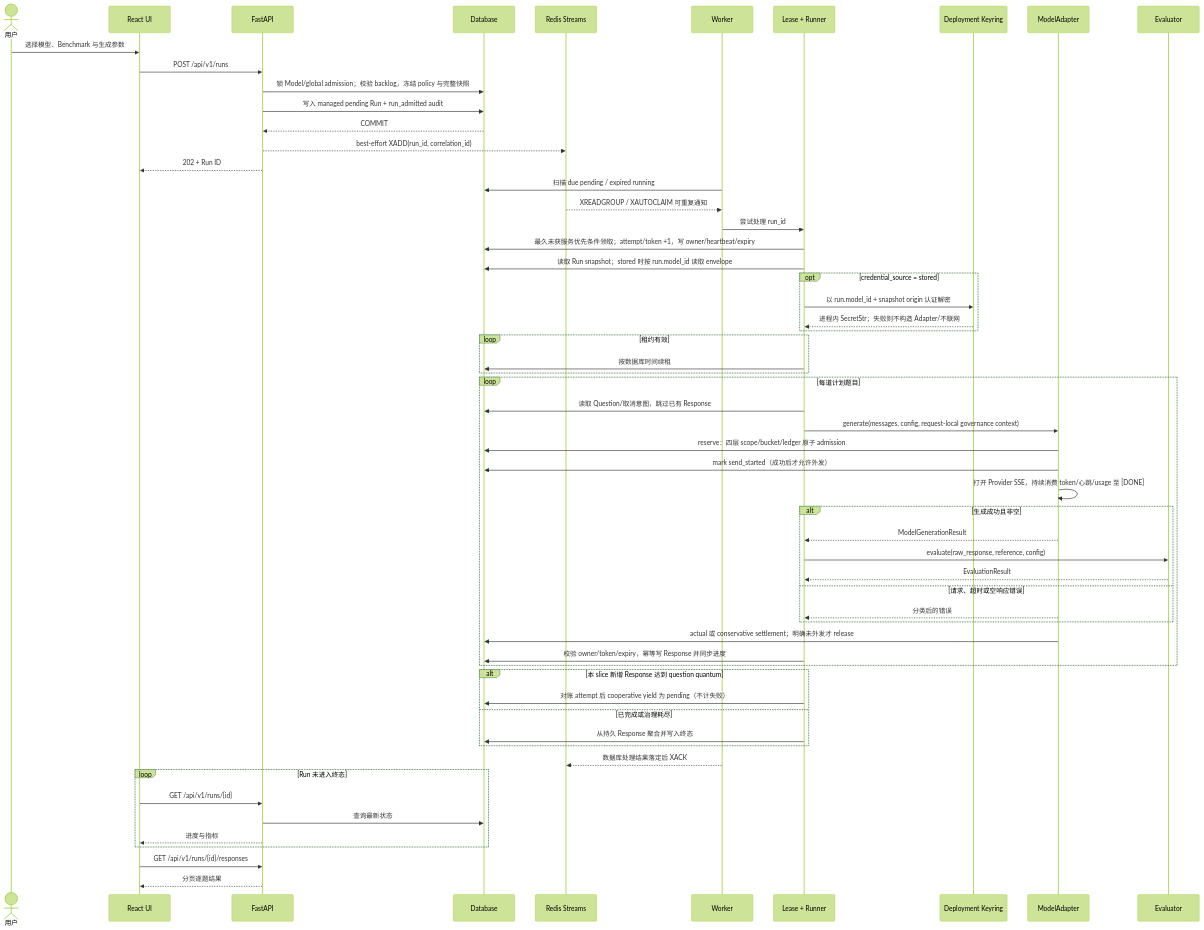
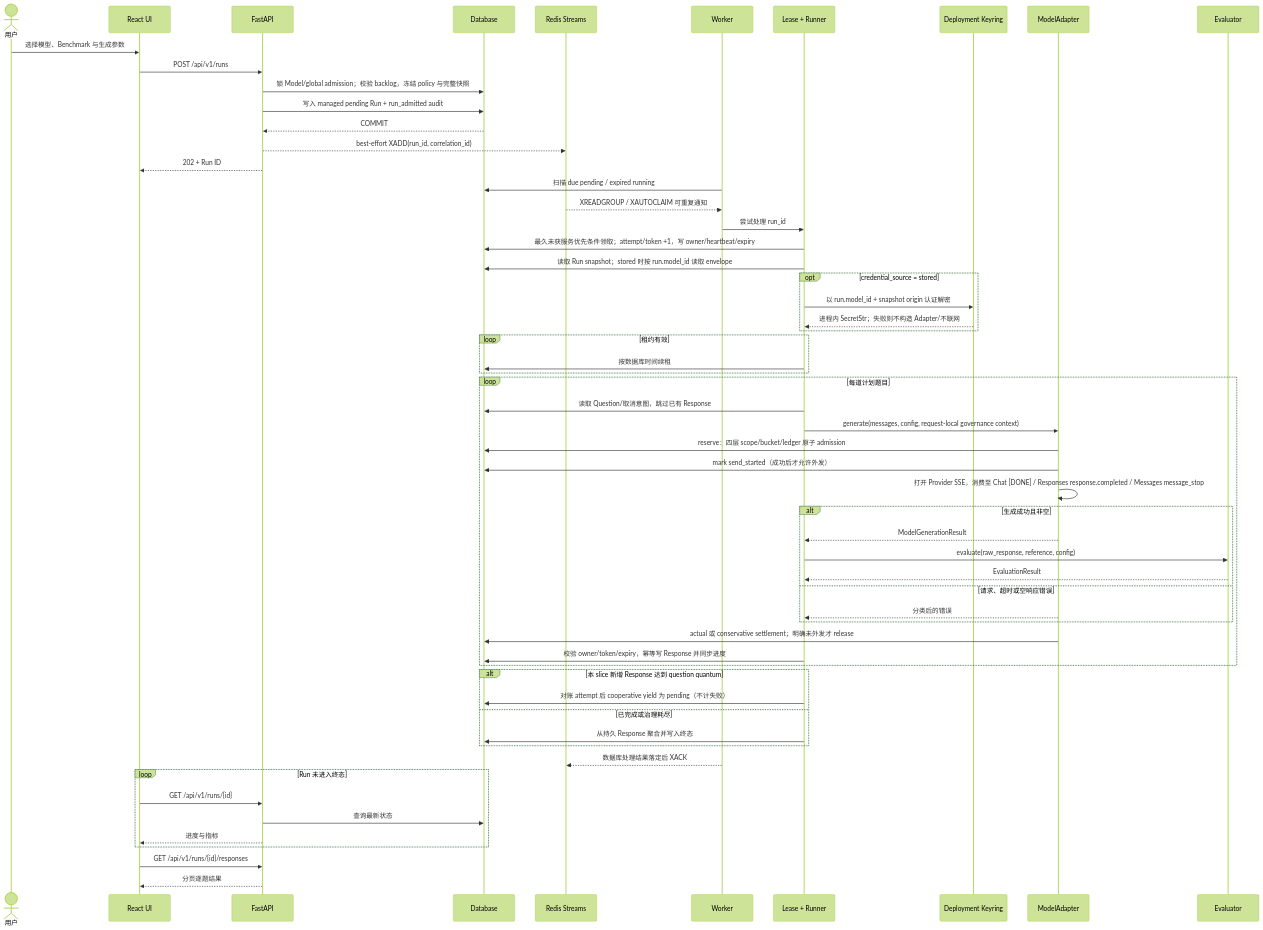
Before and after one commit to CWNU-Open-Source-Community/LLMBenchLab: the third of 7 diagrams in docs/ARCHITECTURE.md, drawn with Mermaid (forest theme). The commit also changed other lines of this file and 58 other files, not shown here.

````diff
--- a/docs/ARCHITECTURE.md
+++ b/docs/ARCHITECTURE.md
@@ -183,62 +183,62 @@
 ```mermaid
 sequenceDiagram
     actor U as 用户
     participant W as React UI
     participant A as FastAPI
     participant D as Database
     participant Q as Redis Streams
     participant K as Worker
     participant R as Lease + Runner
     participant C as Deployment Keyring
     participant M as ModelAdapter
     participant E as Evaluator
 
     U->>W: 选择模型、Benchmark 与生成参数
     W->>A: POST /api/v1/runs
     A->>D: 锁 Model/global admission；校验 backlog，冻结 policy 与完整快照
     A->>D: 写入 managed pending Run + run_admitted audit
     D-->>A: COMMIT
     A-->>Q: best-effort XADD(run_id, correlation_id)
     A-->>W: 202 + Run ID
     K->>D: 扫描 due pending / expired running
     Q-->>K: XREADGROUP / XAUTOCLAIM 可重复通知
     K->>R: 尝试处理 run_id
     R->>D: 最久未获服务优先条件领取；attempt/token +1，写 owner/heartbeat/expiry
     R->>D: 读取 Run snapshot；stored 时按 run.model_id 读取 envelope
     opt credential_source = stored
         R->>C: 以 run.model_id + snapshot origin 认证解密
         C-->>R: 进程内 SecretStr；失败则不构造 Adapter/不联网
     end
     loop 租约有效
         R->>D: 按数据库时间续租
     end
     loop 每道计划题目
         R->>D: 读取 Question/取消意图，跳过已有 Response
         R->>M: generate(messages, config, request-local governance context)
         M->>D: reserve：四层 scope/bucket/ledger 原子 admission
         M->>D: mark send_started（成功后才允许外发）
-        M->>M: 打开 Provider SSE，持续消费 token/心跳/usage 至 [DONE]
+        M->>M: 打开 Provider SSE，消费至 Chat [DONE] / Responses response.completed / Messages message_stop
         alt 生成成功且非空
             M-->>R: ModelGenerationResult
             R->>E: evaluate(raw_response, reference, config)
             E-->>R: EvaluationResult
         else 请求、超时或空响应错误
             M-->>R: 分类后的错误
         end
         M->>D: actual 或 conservative settlement；明确未外发才 release
         R->>D: 校验 owner/token/expiry，幂等写 Response 并同步进度
     end
     alt 本 slice 新增 Response 达到 question quantum
         R->>D: 对账 attempt 后 cooperative yield 为 pending（不计失败）
     else 已完成或治理耗尽
         R->>D: 从持久 Response 聚合并写入终态
     end
     K-->>Q: 数据库处理结果落定后 XACK
     loop Run 未进入终态
         W->>A: GET /api/v1/runs/{id}
         A->>D: 查询最新状态
         A-->>W: 进度与指标
     end
     W->>A: GET /api/v1/runs/{id}/responses
     A-->>W: 分页逐题结果
 ```
````
